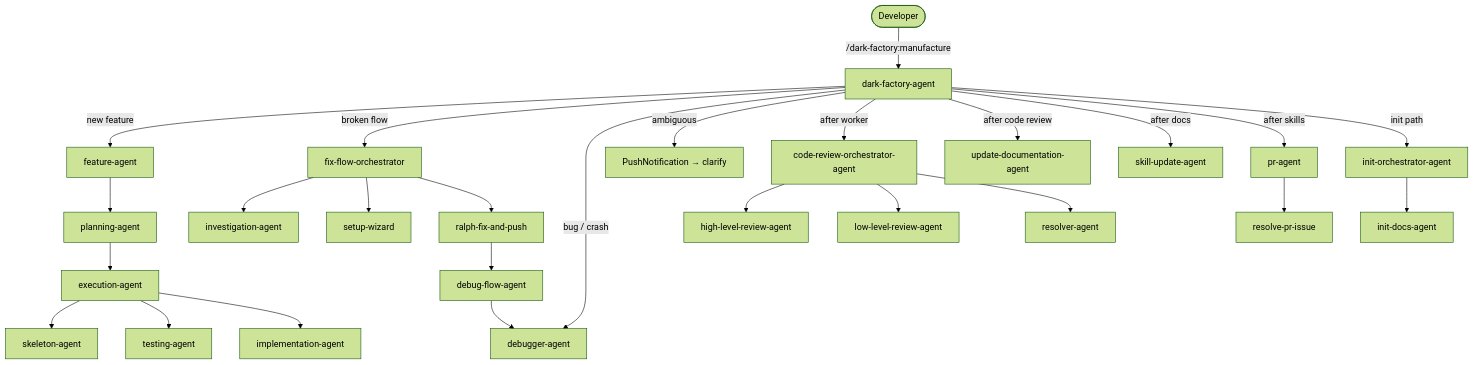
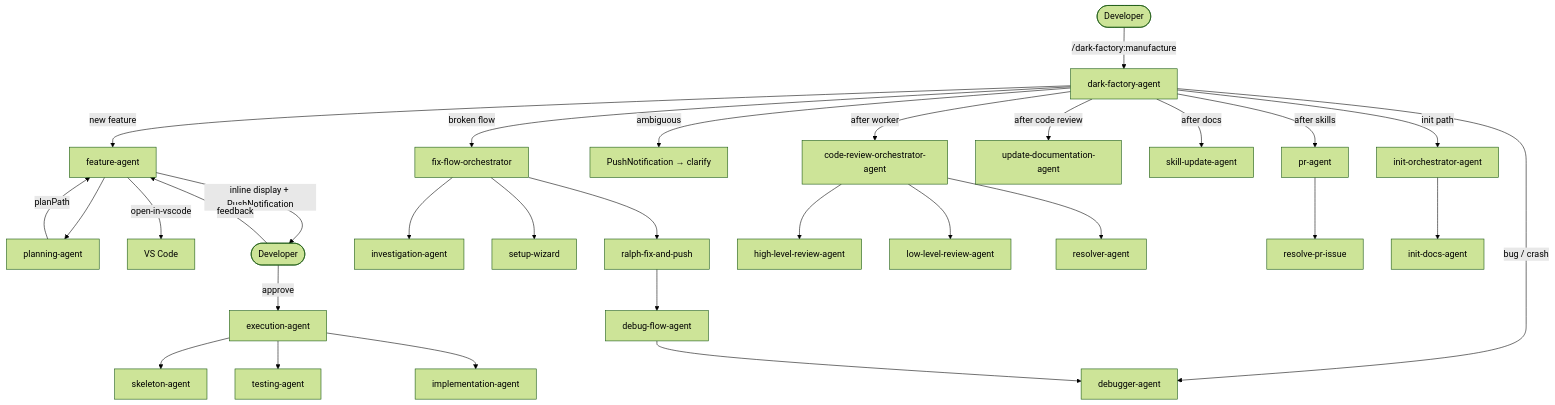
One commit to lewibs/dark-factory changed the diagram in docs/docs/agents.md. Above: the diagram before and after it, drawn with Mermaid (forest theme). The commit also changed other lines of this file and 5 other files, not shown here.

First line of the commit message:
feat(feature-agent): add iterative plan review loop with VS Code open and approval gate

````diff
--- a/docs/docs/agents.md
+++ b/docs/docs/agents.md
@@ -18,34 +18,38 @@
 ```mermaid
 flowchart TD
   User([Developer]) -->|/dark-factory:manufacture| DFA[dark-factory-agent]
 
   DFA -->|new feature| FA[feature-agent]
   DFA -->|broken flow| FFO[fix-flow-orchestrator]
   DFA -->|bug / crash| DA[debugger-agent]
   DFA -->|ambiguous| PN[PushNotification → clarify]
 
   FA --> PA[planning-agent]
-  PA --> EA[execution-agent]
+  PA -->|planPath| FA
+  FA -->|open-in-vscode| VSC[VS Code]
+  FA -->|inline display + PushNotification| Dev([Developer])
+  Dev -->|approve| EA[execution-agent]
+  Dev -->|feedback| FA
   EA --> SkelA[skeleton-agent]
   EA --> TA[testing-agent]
   EA --> IA[implementation-agent]
 
   FFO --> IVA[investigation-agent]
   FFO --> SW[setup-wizard]
   FFO --> RFP[ralph-fix-and-push]
   RFP --> DFA2[debug-flow-agent]
   DFA2 --> DA
 
   DFA -->|after worker| CRO[code-review-orchestrator-agent]
   CRO --> HLR[high-level-review-agent]
   CRO --> LLR[low-level-review-agent]
   CRO --> RA[resolver-agent]
 
   DFA -->|after code review| UDA[update-documentation-agent]
   DFA -->|after docs| SUA[skill-update-agent]
   DFA -->|after skills| PRA[pr-agent]
   PRA --> RPI[resolve-pr-issue]
 
   DFA -->|init path| IOA[init-orchestrator-agent]
   IOA --> IDA[init-docs-agent]
 ```
````
